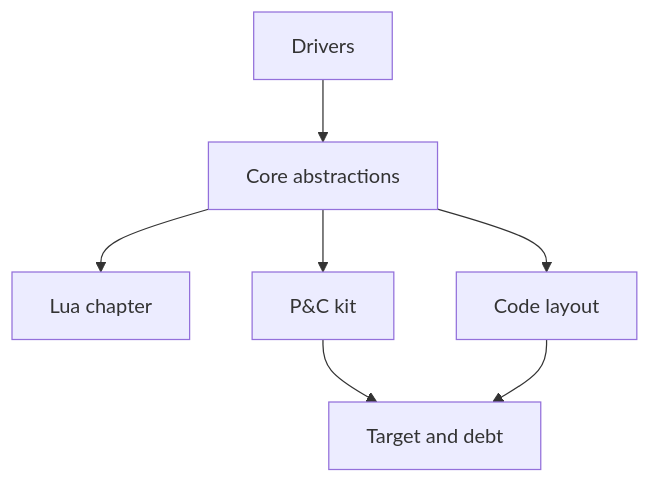
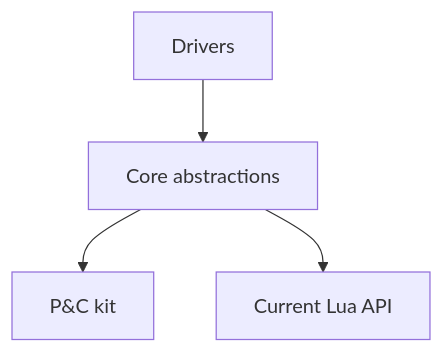
Before and after one commit to nhorro/xadv2-engine: the diagram in docs/development/tour/index.md, drawn with Mermaid. The commit also changed other lines of this file and 218 other files, not shown here.

````diff
--- a/docs/development/tour/index.md
+++ b/docs/development/tour/index.md
@@ -30,9 +27,6 @@
 ```mermaid
 flowchart TB
   D[Drivers] --> C[Core abstractions]
-  C --> Lua[Lua chapter]
   C --> Kit[P&C kit]
-  C --> Layout[Code layout]
-  Kit --> Debt[Target and debt]
-  Layout --> Debt
+  C --> Lua[Current Lua API]
 ```
````
